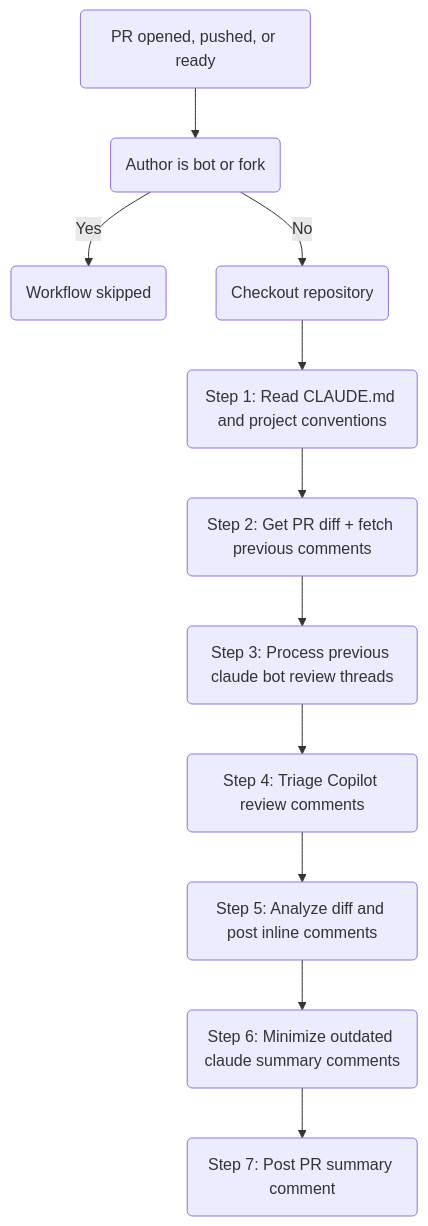
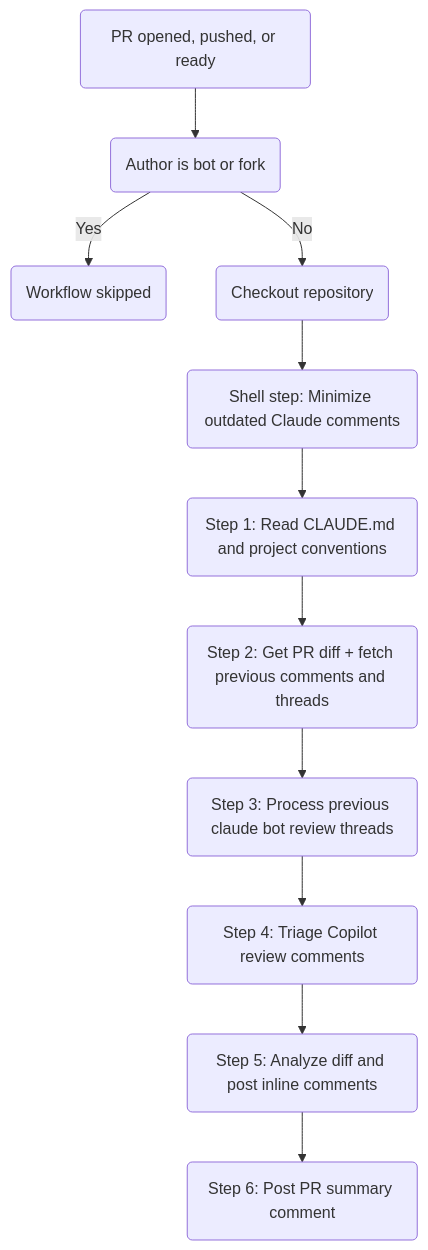
Before and after one commit to SchweizerischeBundesbahnen/github-workflows-polarion: the first of 2 diagrams in docs/claude-code-review.md, drawn with Mermaid. The commit also changed other lines of this file and 1 other file, not shown here.

First line of the commit message:
fix: move comment minimization to a dedicated shell step

````diff
--- a/docs/claude-code-review.md
+++ b/docs/claude-code-review.md
@@ -38,13 +40,13 @@
 ```mermaid
 flowchart TD
   A(PR opened, pushed, or ready) --> B(Author is bot or fork)
   B -->|Yes| Z(Workflow skipped)
   B -->|No| C(Checkout repository)
-  C --> D(Step 1: Read CLAUDE.md and project conventions)
-  D --> E(Step 2: Get PR diff + fetch previous comments)
-  E --> F(Step 3: Process previous claude bot review threads)
-  F --> G(Step 4: Triage Copilot review comments)
-  G --> H(Step 5: Analyze diff and post inline comments)
-  H --> I(Step 6: Minimize outdated claude summary comments)
-  I --> J(Step 7: Post PR summary comment)
+  C --> D(Shell step: Minimize outdated Claude comments)
+  D --> E(Step 1: Read CLAUDE.md and project conventions)
+  E --> F(Step 2: Get PR diff + fetch previous comments and threads)
+  F --> G(Step 3: Process previous claude bot review threads)
+  G --> H(Step 4: Triage Copilot review comments)
+  H --> I(Step 5: Analyze diff and post inline comments)
+  I --> J(Step 6: Post PR summary comment)
 ```
````
